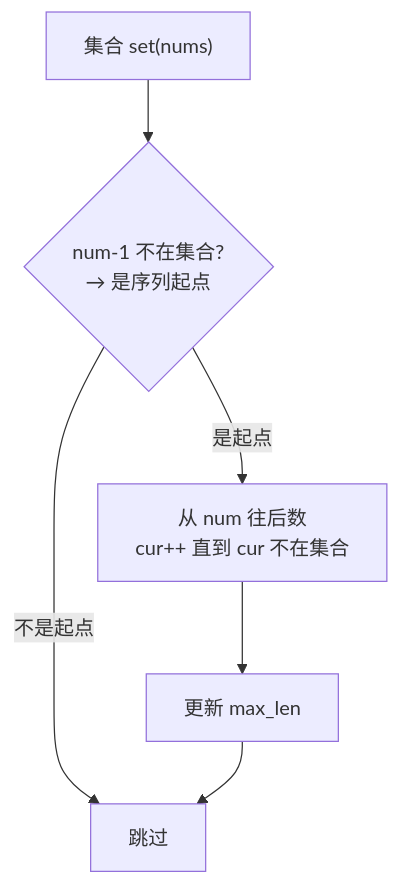
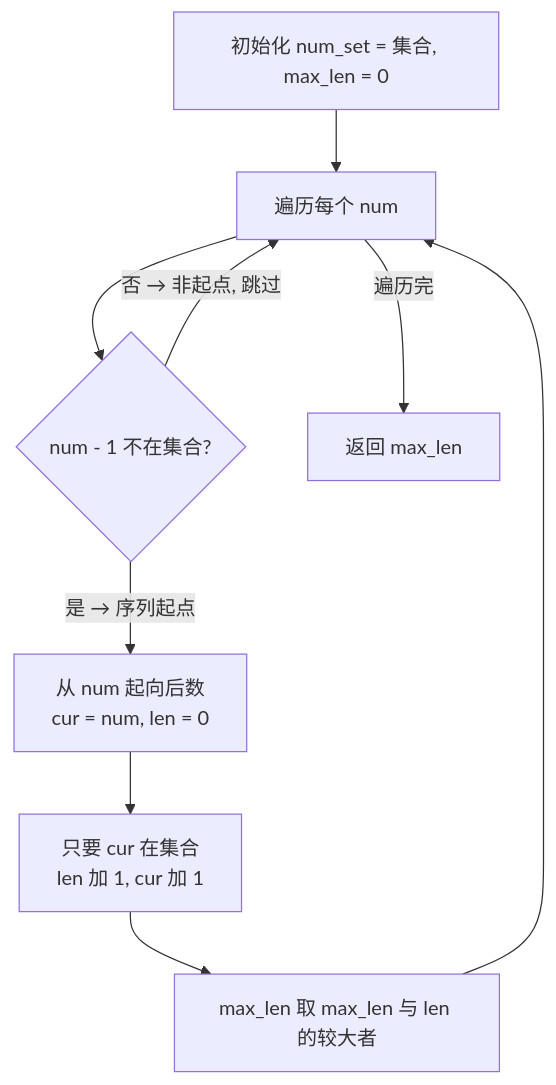
The first of 2 diagrams in 01-哈希/0128-最长连续序列.md (OctalZero/hot100-py), drawn with Mermaid before and after one commit. The commit also changed other lines of this file and 117 other files, not shown here.

First line of the commit message:
feat: 全题解配图升级为「动画式 mermaid」（总览骨架 + 横向时间线逐步推演）

````diff
--- a/01-哈希/0128-最长连续序列.md
+++ b/01-哈希/0128-最长连续序列.md
@@ -21,8 +21,11 @@
 ```mermaid
 flowchart TD
-    A["集合 set(nums)"] --> B{"num-1 不在集合?<br/>→ 是序列起点"}
-    B -- "是起点" --> C["从 num 往后数<br/>cur++ 直到 cur 不在集合"]
-    C --> D["更新 max_len"]
-    B -- "不是起点" --> A2["跳过"]
-    D --> A2
+    A["初始化 num_set = 集合, max_len = 0"] --> B["遍历每个 num"]
+    B --> C{"num - 1 不在集合?"}
+    C -->|"是 → 序列起点"| D["从 num 起向后数<br/>cur = num, len = 0"]
+    D --> E["只要 cur 在集合<br/>len 加 1, cur 加 1"]
+    E --> F["max_len 取 max_len 与 len 的较大者"]
+    F --> B
+    C -->|"否 → 非起点, 跳过"| B
+    B -->|"遍历完"| G["返回 max_len"]
 ```
````
